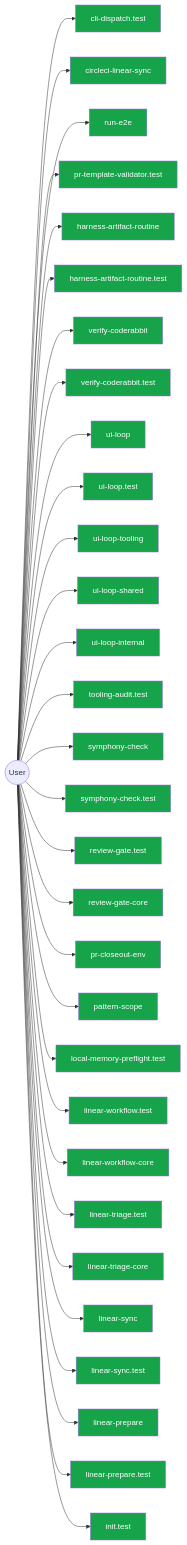
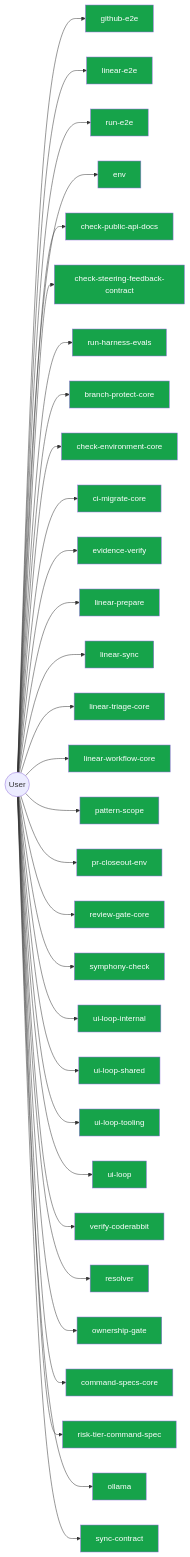
Before and after one commit to jscraik/coding-harness: diagram 14 of 14 in AI/context/diagram-context.md, drawn with Mermaid. The commit also changed other lines of this file and 74 other files, not shown here.

````diff
--- a/AI/context/diagram-context.md
+++ b/AI/context/diagram-context.md
@@ -2104,67 +1264,67 @@
 ```mermaid
 flowchart LR
   User(("User"))
-  cli_dispatch_test_54c9f17b["cli-dispatch.test"]
-  User --> cli_dispatch_test_54c9f17b
-  circleci_linear_sync_19c0d6da["circleci-linear-sync"]
-  User --> circleci_linear_sync_19c0d6da
+  github_e2e_2891a341["github-e2e"]
+  User --> github_e2e_2891a341
+  linear_e2e_decf3708["linear-e2e"]
+  User --> linear_e2e_decf3708
   run_e2e_39efe696["run-e2e"]
   User --> run_e2e_39efe696
-  pr_template_validator_test_569b1cef["pr-template-validator.test"]
-  User --> pr_template_validator_test_569b1cef
-  harness_artifact_routine_17afacff["harness-artifact-routine"]
-  User --> harness_artifact_routine_17afacff
-  harness_artifact_routine_test_299f387d["harness-artifact-routine.test"]
-  User --> harness_artifact_routine_test_299f387d
+  env_b77349bf["env"]
+  User --> env_b77349bf
+  check_public_api_docs_a9604f1b["check-public-api-docs"]
+  User --> check_public_api_docs_a9604f1b
+  check_steering_feedback_contract_80134459["check-steering-feedback-contract"]
+  User --> check_steering_feedback_contract_80134459
+  run_harness_evals_77704768["run-harness-evals"]
+  User --> run_harness_evals_77704768
+  branch_protect_core_a8feb0fd["branch-protect-core"]
+  User --> branch_protect_core_a8feb0fd
+  check_environment_core_2c16213f["check-environment-core"]
+  User --> check_environment_core_2c16213f
+  ci_migrate_core_7005b5af["ci-migrate-core"]
+  User --> ci_migrate_core_7005b5af
+  evidence_verify_3b73c290["evidence-verify"]
+  User --> evidence_verify_3b73c290
+  linear_prepare_0c613ba6["linear-prepare"]
+  User --> linear_prepare_0c613ba6
+  linear_sync_a2fa2bf7["linear-sync"]
+  User --> linear_sync_a2fa2bf7
+  linear_triage_core_7cbca73e["linear-triage-core"]
+  User --> linear_triage_core_7cbca73e
+  linear_workflow_core_0e19cff4["linear-workflow-core"]
+  User --> linear_workflow_core_0e19cff4
+  pattern_scope_61ff946d["pattern-scope"]
+  User --> pattern_scope_61ff946d
+  pr_closeout_env_9bfcd9ef["pr-closeout-env"]
+  User --> pr_closeout_env_9bfcd9ef
+  review_gate_core_4c8001f9["review-gate-core"]
+  User --> review_gate_core_4c8001f9
+  symphony_check_e97f2ea0["symphony-check"]
+  User --> symphony_check_e97f2ea0
+  ui_loop_internal_f2eb8892["ui-loop-internal"]
+  User --> ui_loop_internal_f2eb8892
+  ui_loop_shared_8c83b841["ui-loop-shared"]
+  User --> ui_loop_shared_8c83b841
+  ui_loop_tooling_12b2d2c7["ui-loop-tooling"]
+  User --> ui_loop_tooling_12b2d2c7
+  ui_loop_11660889["ui-loop"]
+  User --> ui_loop_11660889
   verify_coderabbit_490b4e71["verify-coderabbit"]
   User --> verify_coderabbit_490b4e71
-  verify_coderabbit_test_46cfcf29["verify-coderabbit.test"]
-  User --> verify_coderabbit_test_46cfcf29
-  ui_loop_11660889["ui-loop"]
-  User --> ui_loop_11660889
-  ui_loop_test_f0eabc42["ui-loop.test"]
-  User --> ui_loop_test_f0eabc42
-  ui_loop_tooling_12b2d2c7["ui-loop-tooling"]
-  User --> ui_loop_tooling_12b2d2c7
-  ui_loop_shared_8c83b841["ui-loop-shared"]
-  User --> ui_loop_shared_8c83b841
-  ui_loop_internal_f2eb8892["ui-loop-internal"]
-  User --> ui_loop_internal_f2eb8892
-  tooling_audit_test_d2aee28c["tooling-audit.test"]
-  User --> tooling_audit_test_d2aee28c
-  symphony_check_e97f2ea0["symphony-check"]
-  User --> symphony_check_e97f2ea0
-  symphony_check_test_6cb33eb2["symphony-check.test"]
-  User --> symphony_check_test_6cb33eb2
-  review_gate_test_000e2ed6["review-gate.test"]
-  User --> review_gate_test_000e2ed6
-  review_gate_core_4c8001f9["review-gate-core"]
-  User --> review_gate_core_4c8001f9
-  pr_closeout_env_9bfcd9ef["pr-closeout-env"]
-  User --> pr_closeout_env_9bfcd9ef
-  pattern_scope_61ff946d["pattern-scope"]
-  User --> pattern_scope_61ff946d
-  local_memory_preflight_test_5e323bbf["local-memory-preflight.test"]
-  User --> local_memory_preflight_test_5e323bbf
-  linear_workflow_test_a351dcb0["linear-workflow.test"]
-  User --> linear_workflow_test_a351dcb0
-  linear_workflow_core_0e19cff4["linear-workflow-core"]
-  User --> linear_workflow_core_0e19cff4
-  linear_triage_test_1b75a8b8["linear-triage.test"]
-  User --> linear_triage_test_1b75a8b8
-  linear_triage_core_7cbca73e["linear-triage-core"]
-  User --> linear_triage_core_7cbca73e
-  linear_sync_a2fa2bf7["linear-sync"]
-  User --> linear_sync_a2fa2bf7
-  linear_sync_test_da1e1eab["linear-sync.test"]
-  User --> linear_sync_test_da1e1eab
-  linear_prepare_0c613ba6["linear-prepare"]
-  User --> linear_prepare_0c613ba6
-  linear_prepare_test_678f11a9["linear-prepare.test"]
-  User --> linear_prepare_test_678f11a9
-  init_test_cbba76a6["init.test"]
-  User --> init_test_cbba76a6
+  resolver_439c3635["resolver"]
+  User --> resolver_439c3635
+  ownership_gate_2e194d13["ownership-gate"]
+  User --> ownership_gate_2e194d13
+  command_specs_core_1c0ffc99["command-specs-core"]
+  User --> command_specs_core_1c0ffc99
+  risk_tier_command_spec_127e876c["risk-tier-command-spec"]
+  User --> risk_tier_command_spec_127e876c
+  ollama_76e3c7bf["ollama"]
+  User --> ollama_76e3c7bf
+  sync_contract_c79fa191["sync-contract"]
+  User --> sync_contract_c79fa191
   classDef userNode fill:#16a34a,color:#fff
-  class cli_dispatch_test_54c9f17b,circleci_linear_sync_19c0d6da,run_e2e_39efe696,pr_template_validator_test_569b1cef,harness_artifact_routine_17afacff,harness_artifact_routine_test_299f387d,verify_coderabbit_490b4e71,verify_coderabbit_test_46cfcf29,ui_loop_11660889,ui_loop_test_f0eabc42,ui_loop_tooling_12b2d2c7,ui_loop_shared_8c83b841,ui_loop_internal_f2eb8892,tooling_audit_test_d2aee28c,symphony_check_e97f2ea0,symphony_check_test_6cb33eb2,review_gate_test_000e2ed6,review_gate_core_4c8001f9,pr_closeout_env_9bfcd9ef,pattern_scope_61ff946d,local_memory_preflight_test_5e323bbf,linear_workflow_test_a351dcb0,linear_workflow_core_0e19cff4,linear_triage_test_1b75a8b8,linear_triage_core_7cbca73e,linear_sync_a2fa2bf7,linear_sync_test_da1e1eab,linear_prepare_0c613ba6,linear_prepare_test_678f11a9,init_test_cbba76a6 userNode
+  class github_e2e_2891a341,linear_e2e_decf3708,run_e2e_39efe696,env_b77349bf,check_public_api_docs_a9604f1b,check_steering_feedback_contract_80134459,run_harness_evals_77704768,branch_protect_core_a8feb0fd,check_environment_core_2c16213f,ci_migrate_core_7005b5af,evidence_verify_3b73c290,linear_prepare_0c613ba6,linear_sync_a2fa2bf7,linear_triage_core_7cbca73e,linear_workflow_core_0e19cff4,pattern_scope_61ff946d,pr_closeout_env_9bfcd9ef,review_gate_core_4c8001f9,symphony_check_e97f2ea0,ui_loop_internal_f2eb8892,ui_loop_shared_8c83b841,ui_loop_tooling_12b2d2c7,ui_loop_11660889,verify_coderabbit_490b4e71,resolver_439c3635,ownership_gate_2e194d13,command_specs_core_1c0ffc99,risk_tier_command_spec_127e876c,ollama_76e3c7bf,sync_contract_c79fa191 userNode
 
 ```
````
